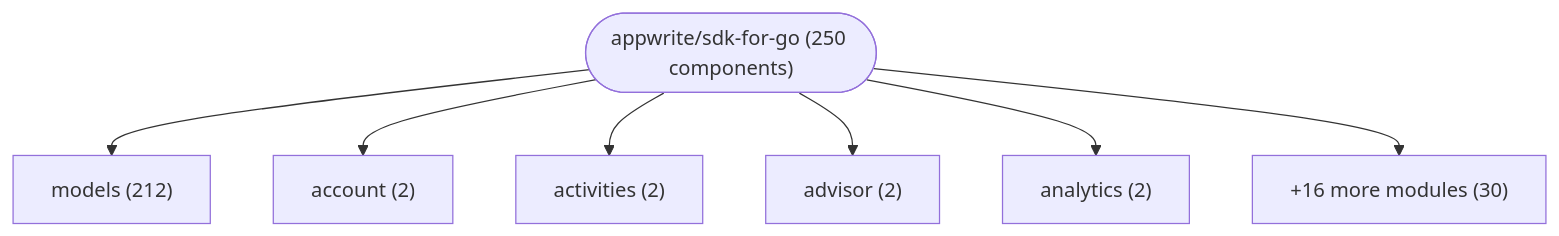
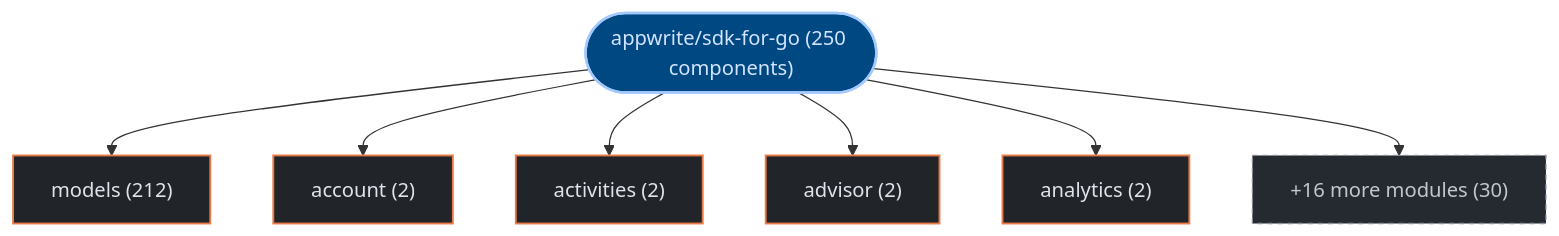
Before and after one commit to kumarshaz/atruss-code-atlas: the first of 3 diagrams in exports/latest/reports/appwrite-sdk-for-go-report.md, drawn with Mermaid. The commit also changed other lines of this file and 331 other files, not shown here.

Commit message:
docs,ui,fix: update SDLC docs, reorder CI/CD DAG first, stylize Mermaid, and fix Arc42 pipeline topology

````diff
--- a/exports/latest/reports/appwrite-sdk-for-go-report.md
+++ b/exports/latest/reports/appwrite-sdk-for-go-report.md
@@ -42,16 +42,23 @@
 ```mermaid
 graph TD;
-    repo_root(["appwrite/sdk-for-go (250 components)"])
-    dir_0_models["models (212)"]
+  classDef atlasRoot fill:#004882,stroke:#a3c9ff,stroke-width:2px,color:#d3e4ff
+  classDef atlasCategory fill:#212428,stroke:#E87A48,stroke-width:1.5px,color:#dfe3eb
+  classDef atlasWorkflow fill:#1b2026,stroke:#a3c9ff,stroke-width:1.5px,color:#dfe3eb
+  classDef atlasJob fill:#171c22,stroke:#8d9199,stroke-width:1px,color:#dfe3eb
+  classDef atlasTarget fill:#005227,stroke:#8bd99b,stroke-width:1.5px,color:#a7f6b6
+  classDef atlasAlert fill:#93000a,stroke:#ffb4ab,stroke-width:1.5px,color:#ffdad6
+  classDef atlasMore fill:#252a31,stroke:#8d9199,stroke-dasharray:4 4,color:#c3c6cf
+    repo_root(["appwrite/sdk-for-go (250 components)"]):::atlasRoot
+    dir_0_models["models (212)"]:::atlasCategory
     repo_root --> dir_0_models
-    dir_1_account["account (2)"]
+    dir_1_account["account (2)"]:::atlasCategory
     repo_root --> dir_1_account
-    dir_2_activities["activities (2)"]
+    dir_2_activities["activities (2)"]:::atlasCategory
     repo_root --> dir_2_activities
-    dir_3_advisor["advisor (2)"]
+    dir_3_advisor["advisor (2)"]:::atlasCategory
     repo_root --> dir_3_advisor
-    dir_4_analytics["analytics (2)"]
+    dir_4_analytics["analytics (2)"]:::atlasCategory
     repo_root --> dir_4_analytics
-    dir_other_modules["+16 more modules (30)"]
+    dir_other_modules["+16 more modules (30)"]:::atlasMore
     repo_root --> dir_other_modules
 ```
````
